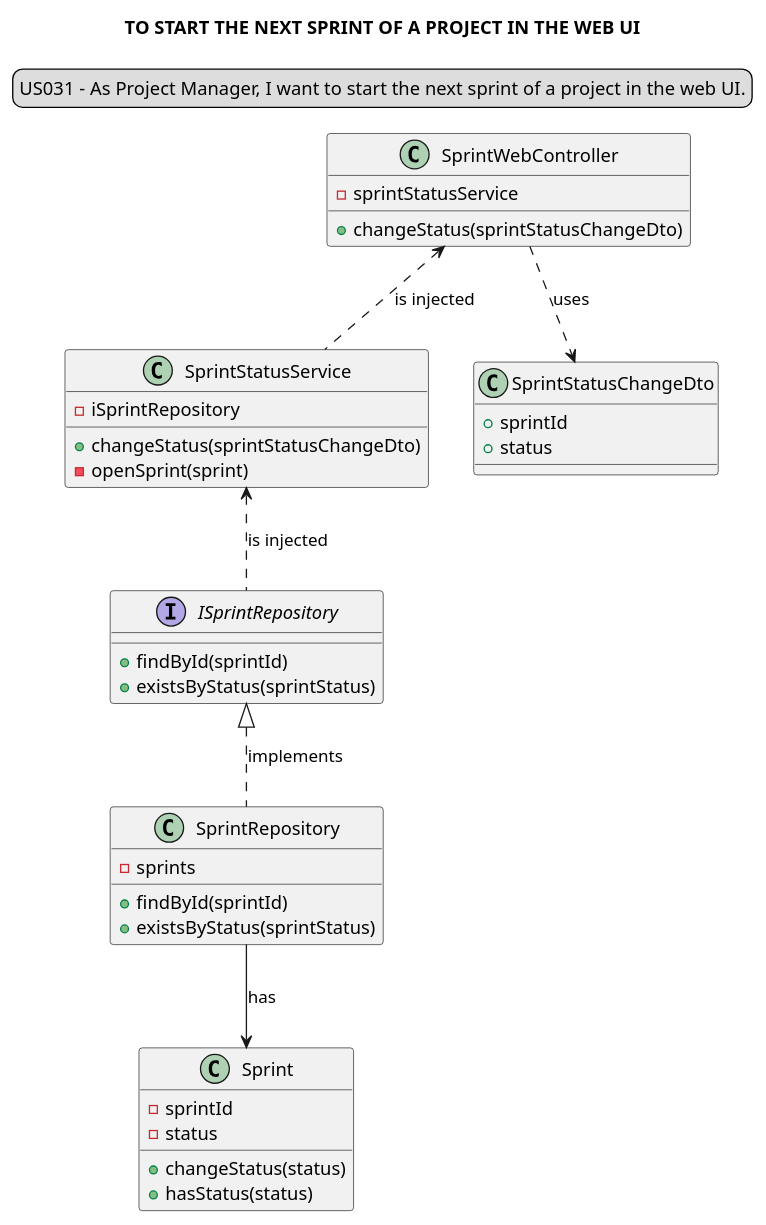
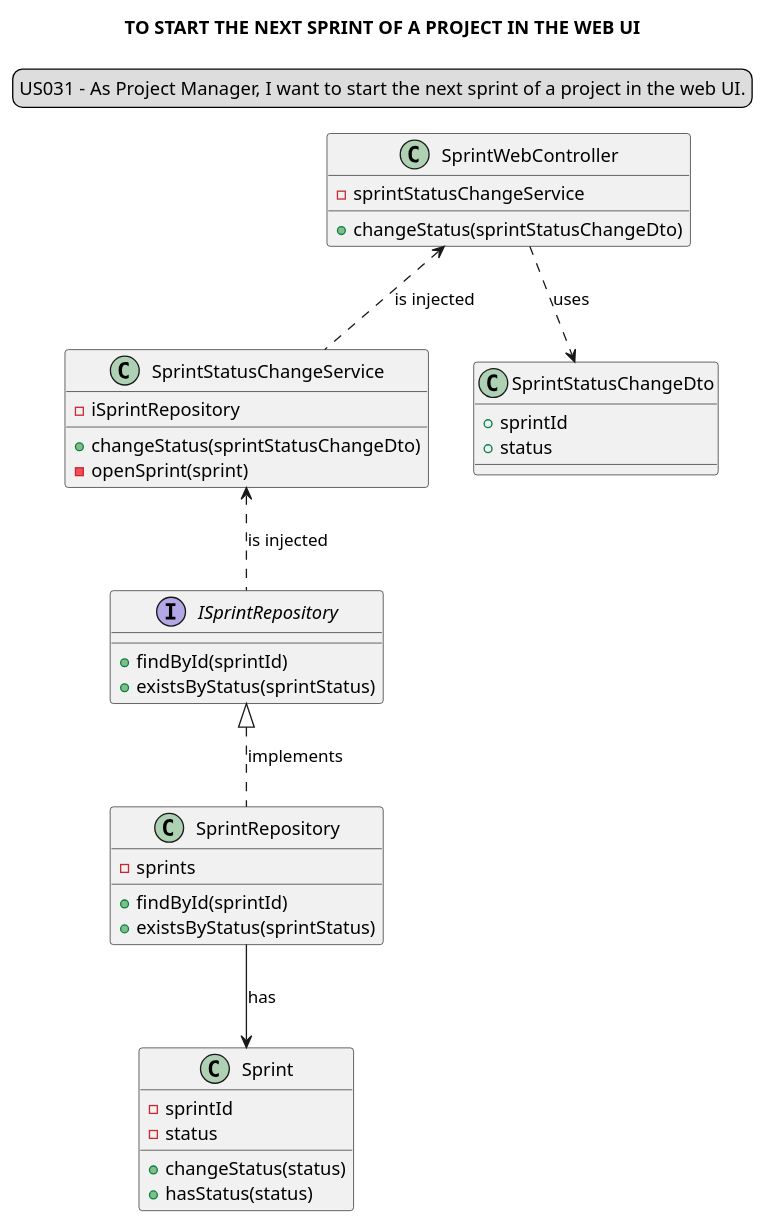
Before and after one commit to Loracline/project_switch_22-23: the diagram in docs/modelling_design/user_stories/sprint07/US031_classDiagram_ddd.puml, drawn with PlantUML. The commit also changed 2 other files, not shown here.

Commit message:
US031: Design: Updated sequence and class diagrams, addresses #651

```diff
--- a/docs/modelling_design/user_stories/sprint07/US031_classDiagram_ddd.puml
+++ b/docs/modelling_design/user_stories/sprint07/US031_classDiagram_ddd.puml
@@ -1,52 +1,52 @@
 @startuml
 
 skinparam sequenceMessageAlign center
 title TO START THE NEXT SPRINT OF A PROJECT IN THE WEB UI
 legend top
 US031 - As Project Manager, I want to start the next sprint of a project in the web UI.
 end legend
 
 
 class SprintWebController {
-- sprintStatusService
+- sprintStatusChangeService
 + changeStatus(sprintStatusChangeDto)
 }
 
-class SprintStatusService {
+class SprintStatusChangeService {
 - iSprintRepository
 + changeStatus(sprintStatusChangeDto)
 - openSprint(sprint)
 }
 
 interface ISprintRepository {
 + findById(sprintId)
 + existsByStatus(sprintStatus)
 }
 
 class SprintRepository {
 - sprints
 + findById(sprintId)
 + existsByStatus(sprintStatus)
 }
 
 
 class Sprint {
 - sprintId
 - status
 + changeStatus(status)
 + hasStatus(status)
 }
 
 class SprintStatusChangeDto {
 + sprintId
 + status
 }
 
 SprintWebController ..> SprintStatusChangeDto: uses
-SprintWebController <.. SprintStatusService: is injected
-SprintStatusService <.. ISprintRepository: is injected
+SprintWebController <.. SprintStatusChangeService: is injected
+SprintStatusChangeService <.. ISprintRepository: is injected
 ISprintRepository <|.. SprintRepository: implements
 SprintRepository --> Sprint: has
 
 
 @enduml
```
